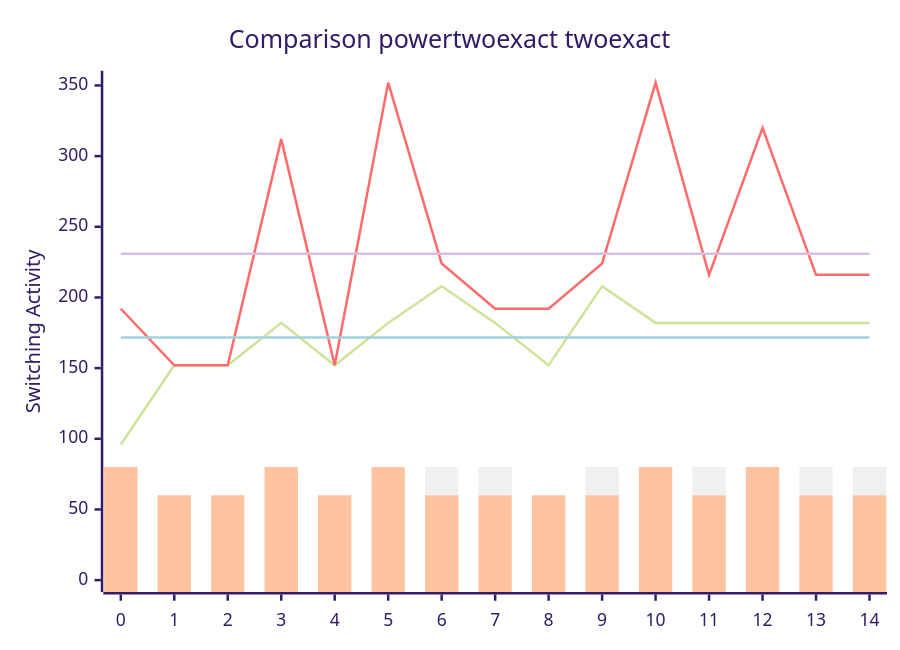
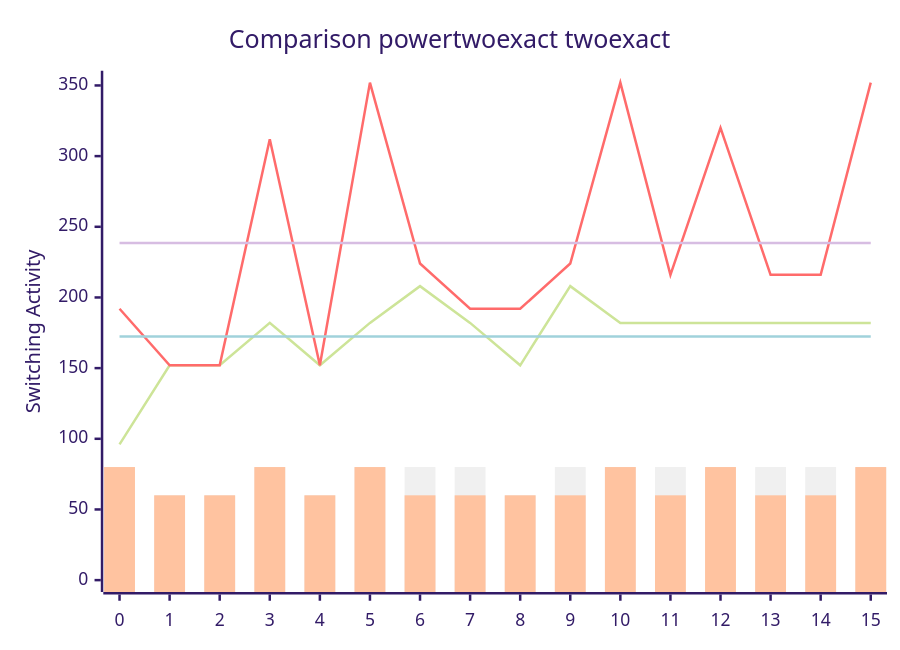
Before and after one commit to FeldmeierMichael/Exact-Power-Synthesis: the diagram in benchmark.md, drawn with Mermaid (forest theme). The commit also changed other lines of this file and 2 other files, not shown here.

````diff
--- a/benchmark.md
+++ b/benchmark.md
@@ -31,12 +33,12 @@
 ```mermaid
 xychart-beta
     title "Comparison powertwoexact twoexact"
-    x-axis [0, 1, 2, 3, 4, 5, 6, 7, 8, 9, 10, 11, 12, 13, 14]
+    x-axis [0, 1, 2, 3, 4, 5, 6, 7, 8, 9, 10, 11, 12, 13, 14, 15]
     y-axis "Switching Activity" 0-->352
-    line [96, 152, 152, 182, 152, 182, 208, 182, 152, 208, 182, 182, 182, 182, 182]
-    line [192, 152, 152, 312, 152, 352, 224, 192, 192, 224, 352, 216, 320, 216, 216]
-    line [171.73333333333332, 171.73333333333332, 171.73333333333332, 171.73333333333332, 171.73333333333332, 171.73333333333332, 171.73333333333332, 171.73333333333332, 171.73333333333332, 171.73333333333332, 171.73333333333332, 171.73333333333332, 171.73333333333332, 171.73333333333332, 171.73333333333332]
-    line [230.93333333333334, 230.93333333333334, 230.93333333333334, 230.93333333333334, 230.93333333333334, 230.93333333333334, 230.93333333333334, 230.93333333333334, 230.93333333333334, 230.93333333333334, 230.93333333333334, 230.93333333333334, 230.93333333333334, 230.93333333333334, 230.93333333333334]
-    bar [80, 60, 60, 80, 60, 80, 80, 80, 60, 80, 80, 80, 80, 80, 80]
-    bar [80, 60, 60, 80, 60, 80, 60, 60, 60, 60, 80, 60, 80, 60, 60]
+    line [96, 152, 152, 182, 152, 182, 208, 182, 152, 208, 182, 182, 182, 182, 182, 182]
+    line [192, 152, 152, 312, 152, 352, 224, 192, 192, 224, 352, 216, 320, 216, 216, 352]
+    line [172.375, 172.375, 172.375, 172.375, 172.375, 172.375, 172.375, 172.375, 172.375, 172.375, 172.375, 172.375, 172.375, 172.375, 172.375, 172.375]
+    line [238.5, 238.5, 238.5, 238.5, 238.5, 238.5, 238.5, 238.5, 238.5, 238.5, 238.5, 238.5, 238.5, 238.5, 238.5, 238.5]
+    bar [80, 60, 60, 80, 60, 80, 80, 80, 60, 80, 80, 80, 80, 80, 80, 80]
+    bar [80, 60, 60, 80, 60, 80, 60, 60, 60, 60, 80, 60, 80, 60, 60, 80]
 ```
````
